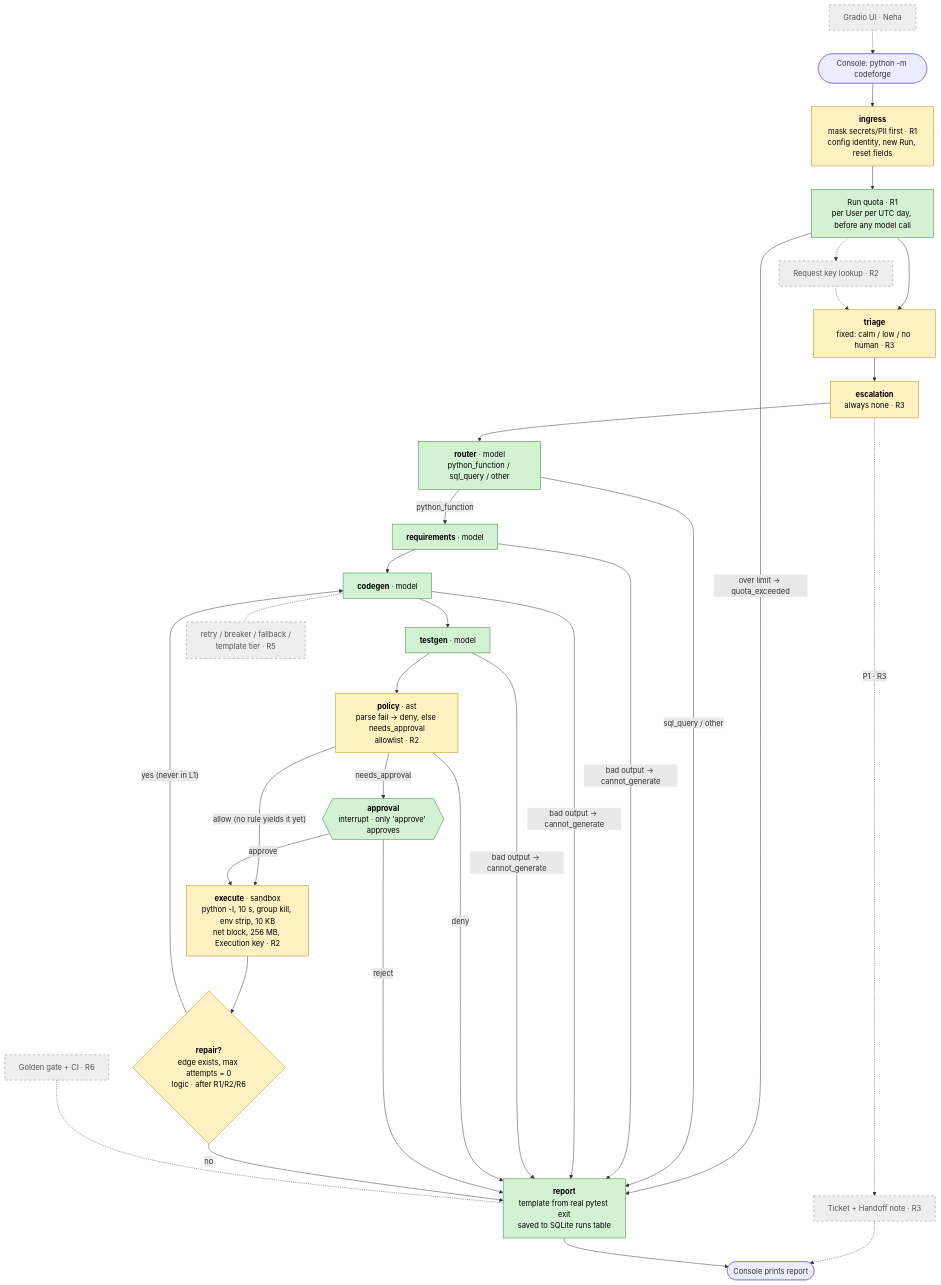
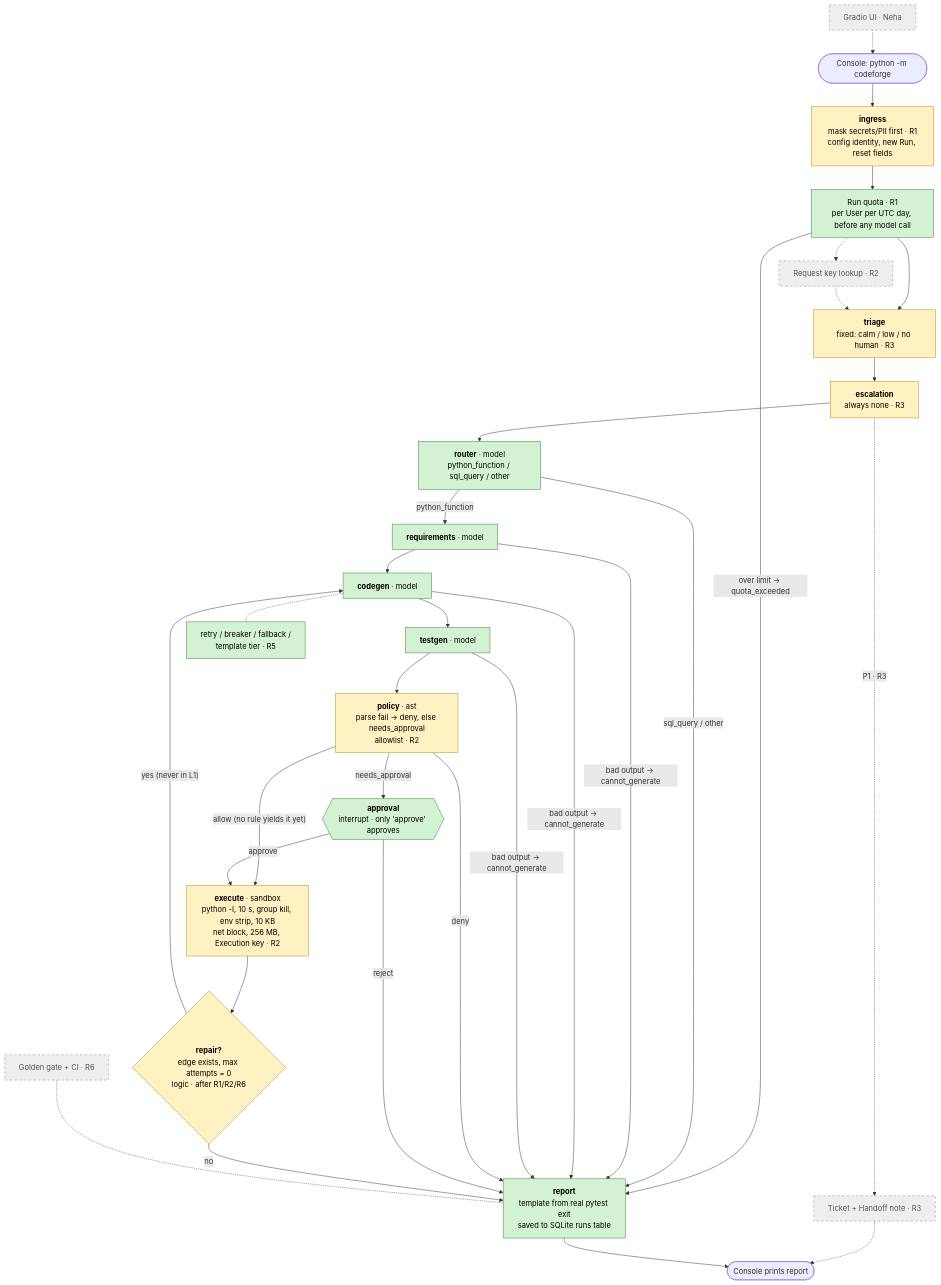
The diagram in plans/TRACKER.md (dipanshuCodes/codeforge), drawn with Mermaid before and after one commit. The commit also changed other lines of this file and 23 other files, not shown here.

First line of the commit message:
R5: resilience (retry, breaker, fallback, template tier, chaos switch)

````diff
--- a/plans/TRACKER.md
+++ b/plans/TRACKER.md
@@ -22,47 +22,47 @@
 ```mermaid
 flowchart TD
     START([Console: python -m codeforge]) --> ingress
 
     ingress["<b>ingress</b><br/>mask secrets/PII first · R1<br/>config identity, new Run, reset fields"]:::built
     quota["Run quota · R1<br/>per User per UTC day, before any model call"]:::built
     reqkey["Request key lookup · R2"]:::todo
     triage["<b>triage</b><br/>fixed: calm / low / no human · R3"]:::stub
     escalation["<b>escalation</b><br/>always none · R3"]:::stub
     ticket["Ticket + Handoff note · R3"]:::todo
     router["<b>router</b> · model<br/>python_function / sql_query / other"]:::built
     requirements["<b>requirements</b> · model"]:::built
     codegen["<b>codegen</b> · model"]:::built
     testgen["<b>testgen</b> · model"]:::built
-    resilience["retry / breaker / fallback /<br/>template tier · R5"]:::todo
+    resilience["retry / breaker / fallback /<br/>template tier · R5"]:::built
     policy["<b>policy</b> · ast<br/>parse fail → deny, else needs_approval<br/>allowlist · R2"]:::stub
     approval{{"<b>approval</b><br/>interrupt · only 'approve' approves"}}:::built
     execute["<b>execute</b> · sandbox<br/>python -I, 10 s, group kill, env strip, 10 KB<br/>net block, 256 MB, Execution key · R2"]:::stub
     repair{"<b>repair?</b><br/>edge exists, max attempts = 0<br/>logic · after R1/R2/R6"}:::stub
     report["<b>report</b><br/>template from real pytest exit<br/>saved to SQLite runs table"]:::built
     DONE([Console prints report])
     ui["Gradio UI · Neha"]:::todo
     gate["Golden gate + CI · R6"]:::todo
 
     ingress --> quota --> triage --> escalation --> router
     quota -- "over limit → quota_exceeded" --> report
     quota -.-> reqkey -.-> triage
     escalation -. "P1 · R3" .-> ticket -.-> DONE
     router -- "sql_query / other" --> report
     router -- python_function --> requirements --> codegen --> testgen --> policy
     requirements & codegen & testgen -- "bad output → cannot_generate" --> report
     codegen -.- resilience
     policy -- deny --> report
     policy -- needs_approval --> approval
     policy -- "allow (no rule yields it yet)" --> execute
     approval -- reject --> report
     approval -- approve --> execute --> repair
     repair -- "yes (never in L1)" --> codegen
     repair -- no --> report --> DONE
     ui -.-> START
     gate -.- report
 
     class ingress stub
     classDef built fill:#d3f2d3,stroke:#2e7d32,color:#000
     classDef stub fill:#fff1c2,stroke:#b8860b,color:#000
     classDef todo fill:#eeeeee,stroke:#888,stroke-dasharray:5 5,color:#555
 ```
````
